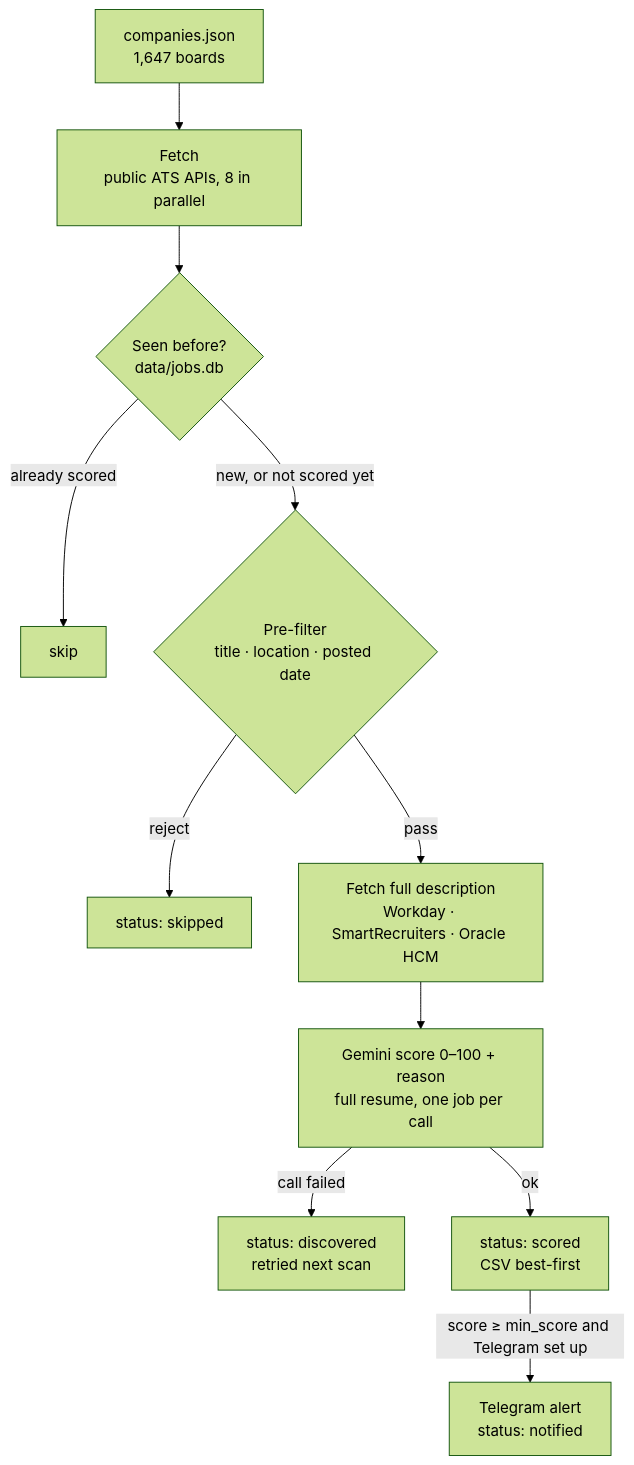
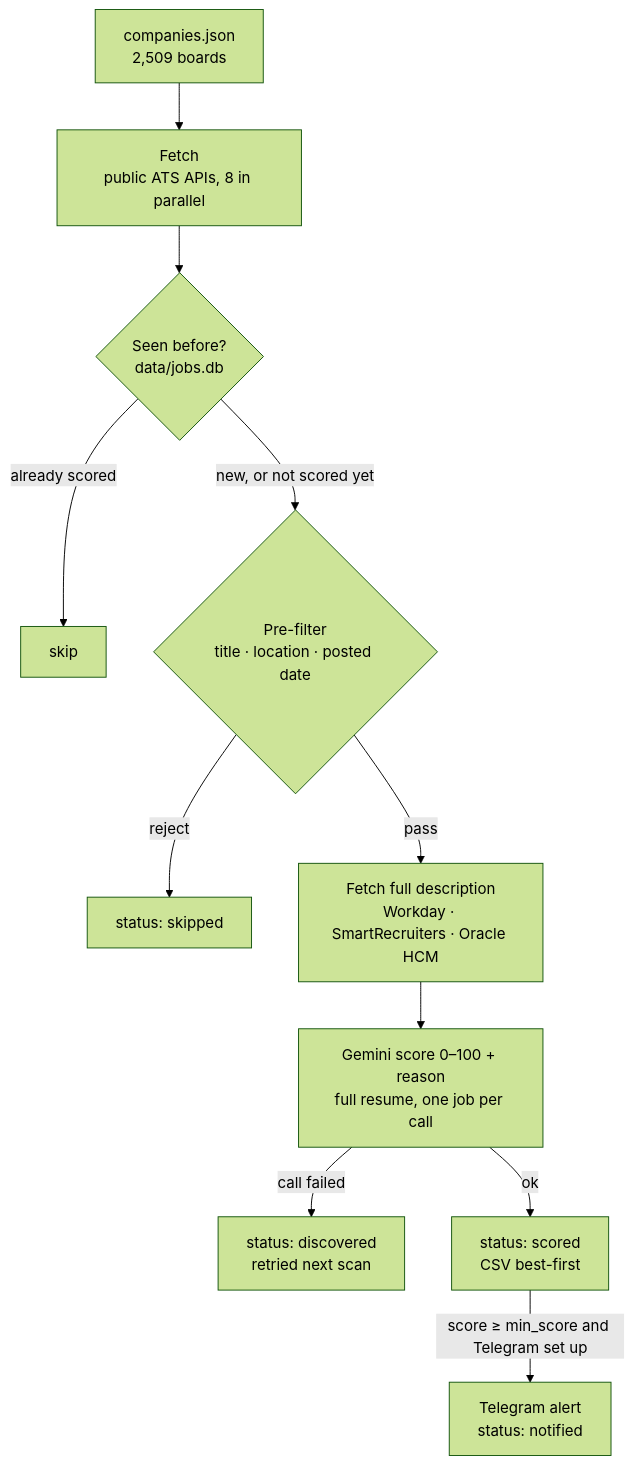
One commit to Manish814142/rolesight changed the diagram in README.md. Above: the diagram before and after it, drawn with Mermaid (forest theme). The commit also changed other lines of this file and 14 other files, not shown here.

First line of the commit message:
T144: companies.json 1,647 -> 2,509: 862 companies for other countries, each with visa-sponsor evidence; visa records 1,674 of 2,509

````diff
--- a/README.md
+++ b/README.md
@@ -86,13 +86,13 @@
 ```mermaid
 flowchart TD
-    C["companies.json<br/>1,647 boards"] --> F["Fetch<br/>public ATS APIs, 8 in parallel"]
+    C["companies.json<br/>2,509 boards"] --> F["Fetch<br/>public ATS APIs, 8 in parallel"]
     F --> D{"Seen before?<br/>data/jobs.db"}
     D -- "already scored" --> X["skip"]
     D -- "new, or not scored yet" --> P{"Pre-filter<br/>title · location · posted date"}
     P -- reject --> S["status: skipped"]
     P -- pass --> E["Fetch full description<br/>Workday · SmartRecruiters · Oracle HCM"]
     E --> G["Gemini score 0–100 + reason<br/>full resume, one job per call"]
     G -- "call failed" --> R["status: discovered<br/>retried next scan"]
     G -- ok --> O["status: scored<br/>CSV best-first"]
     O -- "score ≥ min_score and Telegram set up" --> T["Telegram alert<br/>status: notified"]
 ```
````
